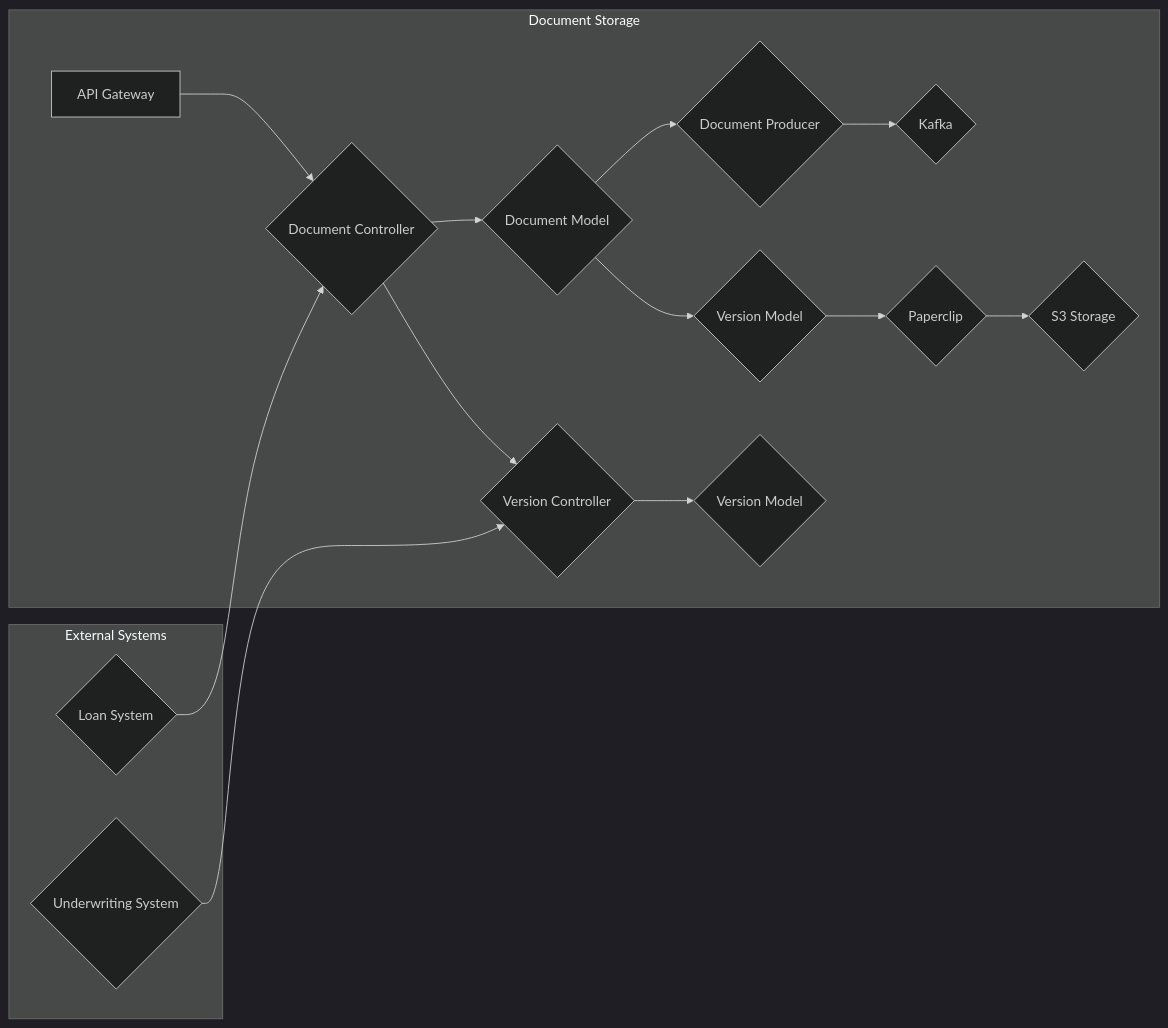
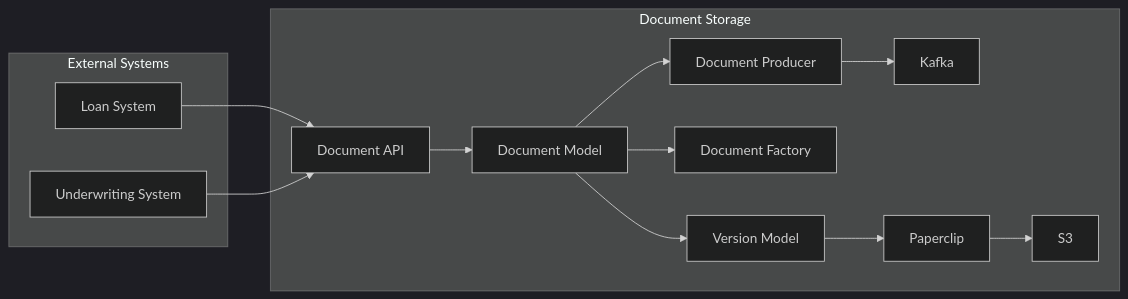
Before and after one commit to thms/document-storage: the diagram in docs/architecture.md, drawn with Mermaid (dark theme). The commit also changed other lines of this file and 5 other files, not shown here.

````diff
--- a/docs/architecture.md
+++ b/docs/architecture.md
@@ -5,18 +1,16 @@
 ```mermaid
 graph LR
     subgraph Document Storage
-        A[API Gateway] --> B{Document Controller}
-        B --> C{Document Model}
-        B --> D{Version Controller}
-        D --> E{Version Model}
-        C --> F{Document Producer}
-        F --> G{Kafka}
-        C --> H{Version Model}
-        H --> I{Paperclip}
-        I --> J{S3 Storage}
+        A[Document API] --> B[Document Model]
+        B --> C[Version Model]
+        B --> D[Document Factory]
+        B --> E[Document Producer]
+        E --> F[Kafka]
+        C --> G[Paperclip]
+        G --> H[S3]
     end
     subgraph External Systems
-        K{Loan System} --> B
-        L{Underwriting System} --> D
+        I[Loan System] --> A
+        J[Underwriting System] --> A
     end
 ```
````
